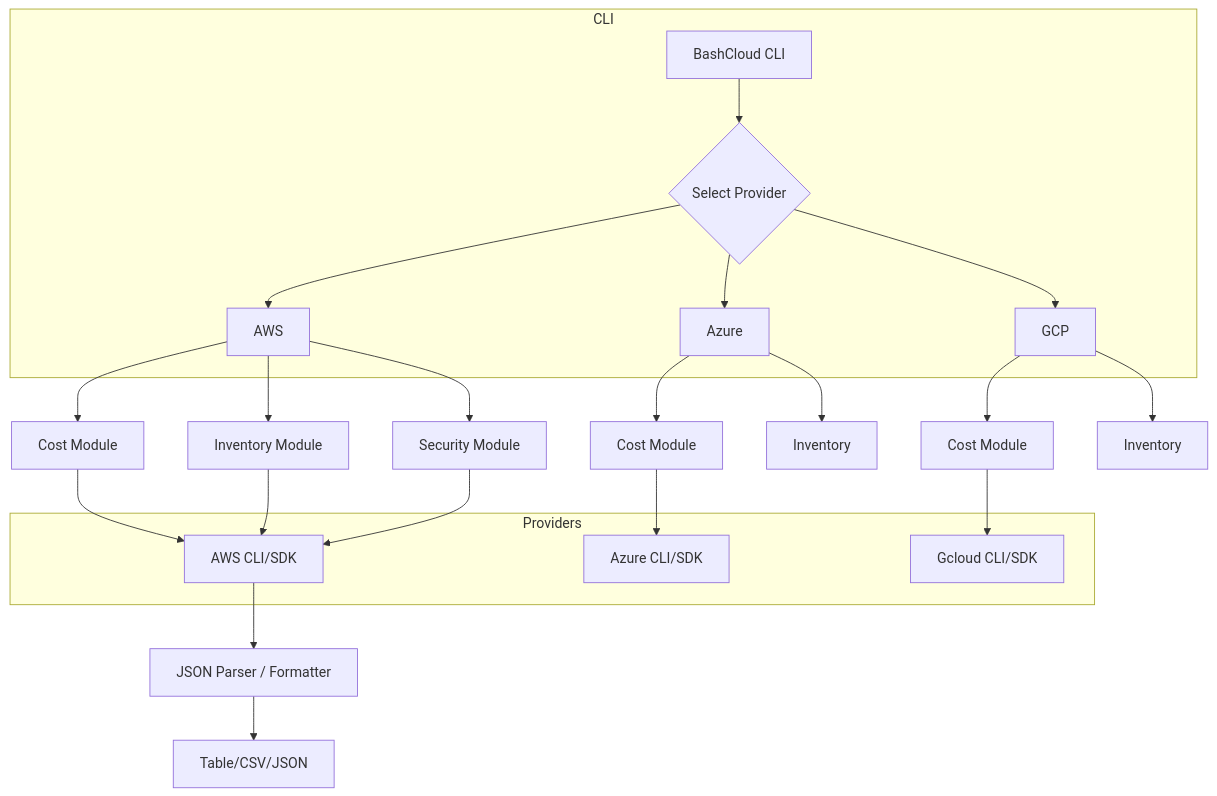
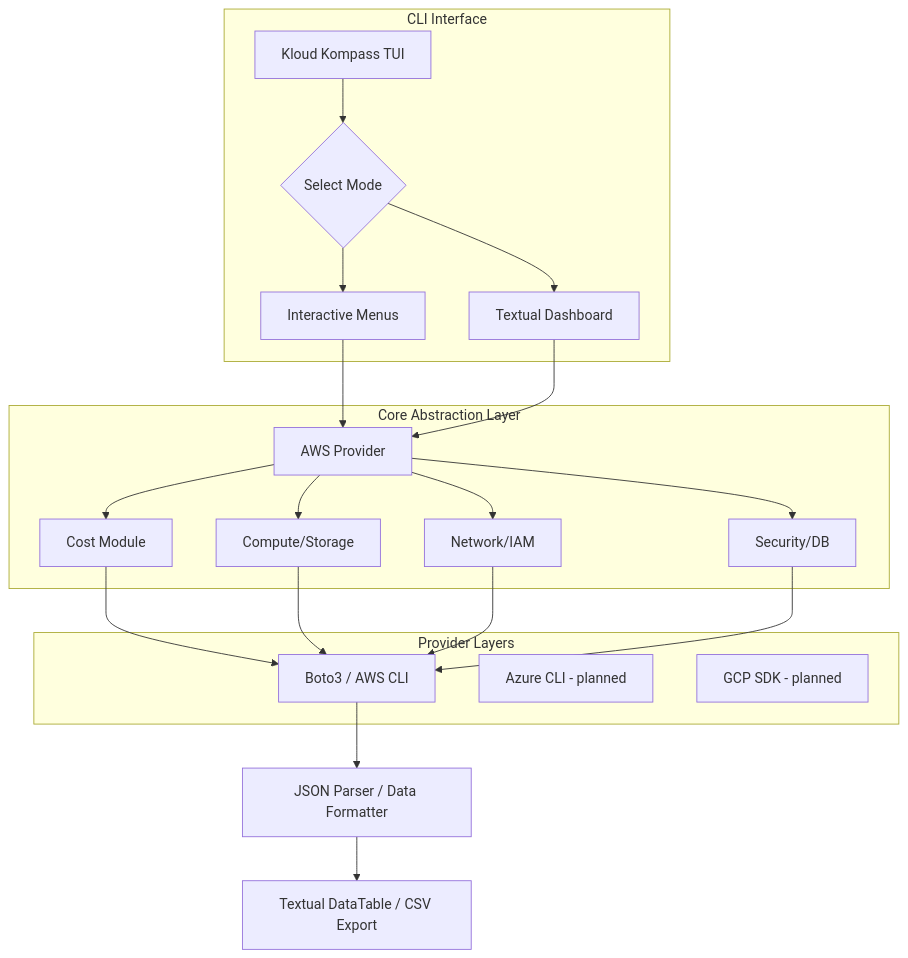
The diagram in README.md (MrCh0p808/KloudKompass), drawn with Mermaid before and after one commit. The commit also changed other lines of this file and 398 other files, not shown here.

````diff
--- a/README.md
+++ b/README.md
@@ -52,34 +68,32 @@
 ```mermaid
 flowchart TD
-    subgraph CLI
-      A[BashCloud CLI] --> B{Select Provider}
-      B --> AWS[AWS]
-      B --> AZ[Azure]
-      B --> GCP[GCP]
+    subgraph CLI Interface
+      A[Kloud Kompass TUI] --> B{Select Mode}
+      B --> TUI[Interactive Menus]
+      B --> DASH[Textual Dashboard]
     end
 
-    AWS --> AC[Cost Module]
-    AWS --> AI[Inventory Module]
-    AWS --> AS[Security Module]
+    TUI --> AWS[AWS Provider]
+    DASH --> AWS
 
-    AZ --> AC2[Cost Module]
-    AZ --> AI2[Inventory]
-
-    GCP --> AC3[Cost Module]
-    GCP --> AI3[Inventory]
-
-    subgraph Providers
-      AWSCLI[AWS CLI/SDK]
-      AZCLI[Azure CLI/SDK]
-      GCLI[Gcloud CLI/SDK]
+    subgraph Core["Core Abstraction Layer"]
+      AWS --> AC[Cost Module]
+      AWS --> AI[Compute/Storage]
+      AWS --> AN[Network/IAM]
+      AWS --> AS[Security/DB]
     end
 
-    AC --> AWSCLI
-    AI --> AWSCLI
-    AS --> AWSCLI
-    AC2 --> AZCLI
-    AC3 --> GCLI
+    subgraph Provider["Provider Layers"]
+      AWSSDK[Boto3 / AWS CLI]
+      AZSDK[Azure CLI - planned]
+      GCPSDK[GCP SDK - planned]
+    end
 
-    AWSCLI --> Parser[JSON Parser / Formatter]
-    Parser --> Output[Table/CSV/JSON]
+    AC --> AWSSDK
+    AI --> AWSSDK
+    AN --> AWSSDK
+    AS --> AWSSDK
+
+    AWSSDK --> Parser[JSON Parser / Data Formatter]
+    Parser --> Output[Textual DataTable / CSV Export]
 ```
````
